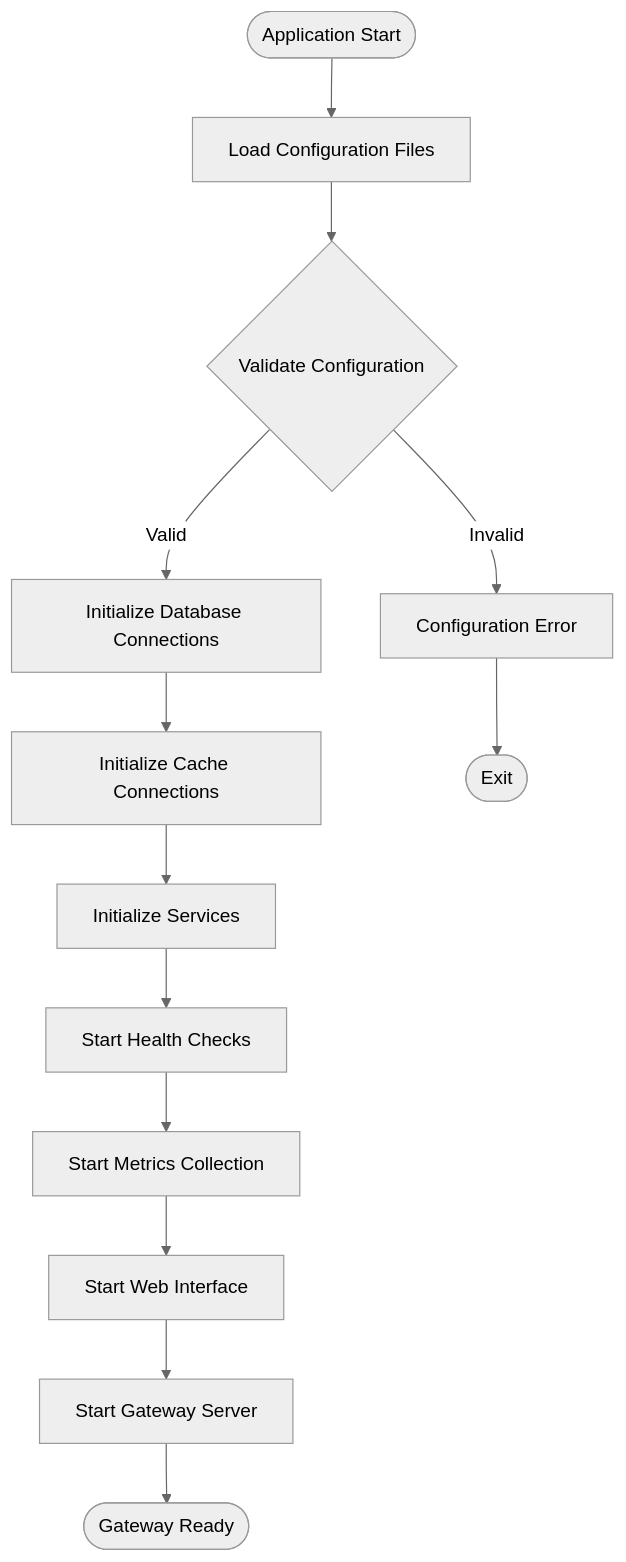
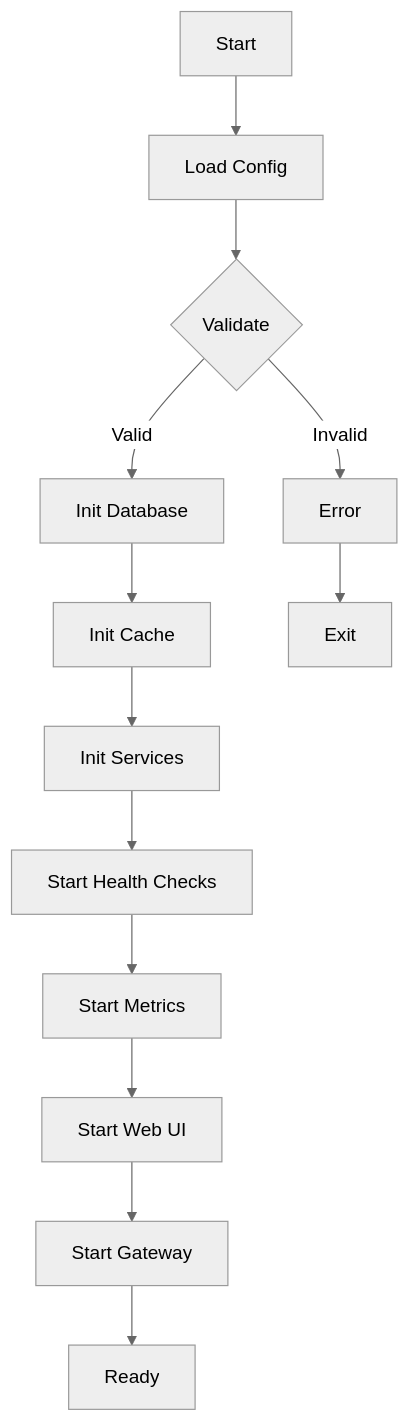
Before and after one commit to fluxsce/gateway: the fourth of 16 diagrams in docs/guide/architecture.md, drawn with Mermaid (neutral theme). The commit also changed other lines of this file, not shown here.

Commit message:
架构图预览显示问题

````diff
--- a/docs/guide/architecture.md
+++ b/docs/guide/architecture.md
@@ -111,16 +111,15 @@
 ```mermaid
 graph TD
-    Start([Application Start]) --> LoadConfig[Load Configuration Files]
-    LoadConfig --> ValidateConfig{Validate Configuration}
-    ValidateConfig -->|Invalid| ConfigError[Configuration Error]
-    ValidateConfig -->|Valid| InitDatabase[Initialize Database Connections]
-    InitDatabase --> InitCache[Initialize Cache Connections]
-    InitCache --> InitServices[Initialize Services]
-    InitServices --> StartHealthCheck[Start Health Checks]
-    StartHealthCheck --> StartMetrics[Start Metrics Collection]
-    StartMetrics --> StartWebUI[Start Web Interface]
-    StartWebUI --> StartGateway[Start Gateway Server]
-    StartGateway --> Ready([Gateway Ready])
-    
-    ConfigError --> Exit([Exit])
+    A[Start] --> B[Load Config]
+    B --> C{Validate}
+    C -->|Valid| D[Init Database]
+    C -->|Invalid| E[Error]
+    D --> F[Init Cache]
+    F --> G[Init Services]
+    G --> H[Start Health Checks]
+    H --> I[Start Metrics]
+    I --> J[Start Web UI]
+    J --> K[Start Gateway]
+    K --> L[Ready]
+    E --> M[Exit]
 ```
````
